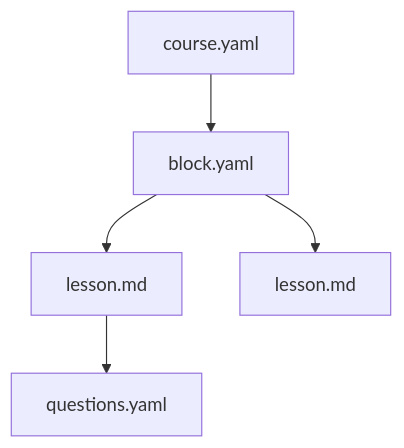
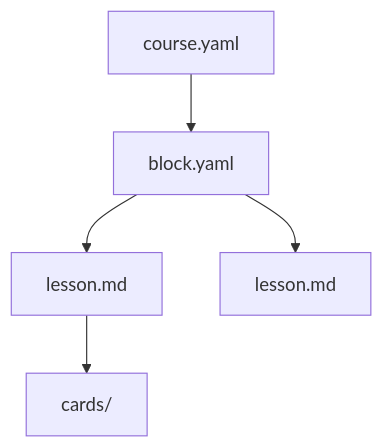
The diagram in getting-started/obsidian-setup/lesson.en.md (wocki-wockitech/studyme-course-authoring), drawn with Mermaid before and after one commit. The commit also changed 14 other files, not shown here.

````diff
--- a/getting-started/obsidian-setup/lesson.en.md
+++ b/getting-started/obsidian-setup/lesson.en.md
@@ -37,7 +37,7 @@
 ```mermaid
 graph TD
     A[course.yaml] --> B[block.yaml]
     B --> C[lesson.md]
     B --> D[lesson.md]
-    C --> E[questions.yaml]
+    C --> E[cards/]
 ```
````
